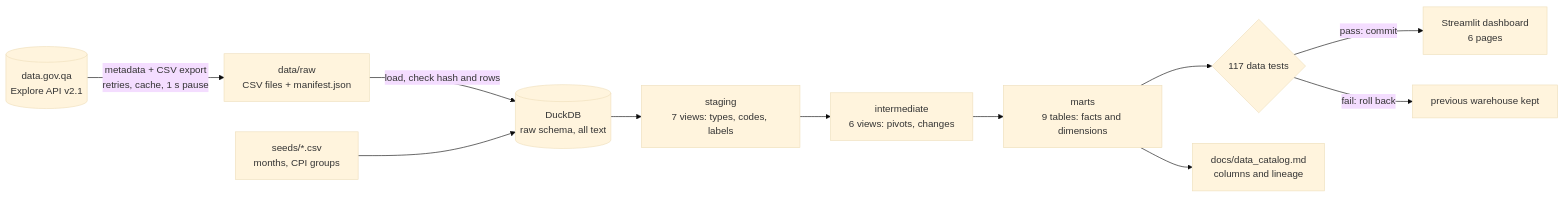
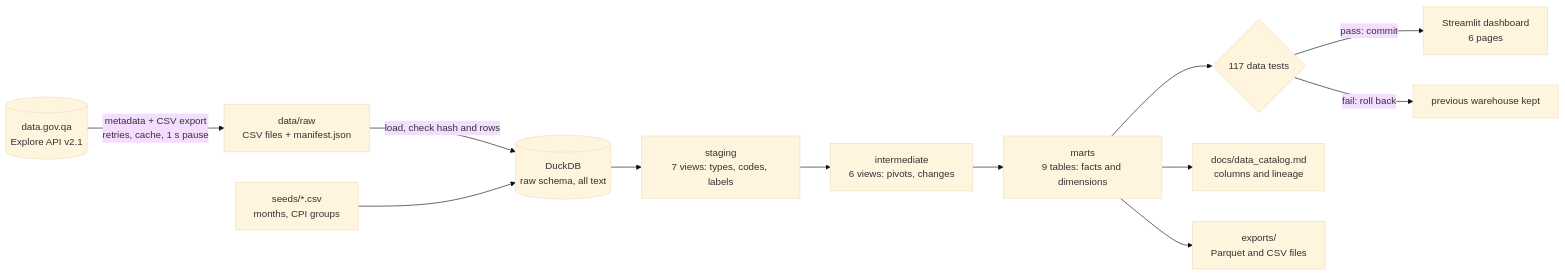
One commit to Ifazawezk/qatar-open-data-pipeline changed the diagram in README.md. Above: the diagram before and after it, drawn with Mermaid (base theme). The commit also changed other lines of this file and 10 other files, not shown here.

Commit message:
Add export command for Parquet and CSV

````diff
--- a/README.md
+++ b/README.md
@@ -89,23 +89,25 @@
 ```mermaid
 flowchart LR
     portal[("data.gov.qa<br/>Explore API v2.1")]
     raw["data/raw<br/>CSV files + manifest.json"]
     seeds["seeds/*.csv<br/>months, CPI groups"]
     rawdb[("DuckDB<br/>raw schema, all text")]
     stg["staging<br/>7 views: types, codes, labels"]
     int["intermediate<br/>6 views: pivots, changes"]
     marts["marts<br/>9 tables: facts and dimensions"]
     tests{"117 data tests"}
     dash["Streamlit dashboard<br/>6 pages"]
     keep["previous warehouse kept"]
     docs["docs/data_catalog.md<br/>columns and lineage"]
+    exports["exports/<br/>Parquet and CSV files"]
 
     portal -- "metadata + CSV export<br/>retries, cache, 1 s pause" --> raw
     raw -- "load, check hash and rows" --> rawdb
     seeds --> rawdb
     rawdb --> stg --> int --> marts
     marts --> tests
     tests -- "pass: commit" --> dash
     tests -- "fail: roll back" --> keep
     marts --> docs
+    marts --> exports
 ```
````
